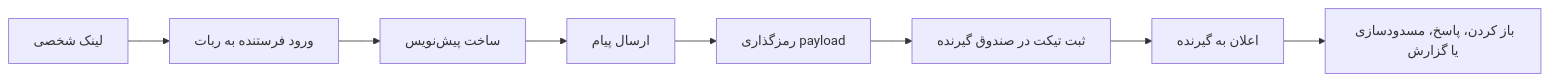
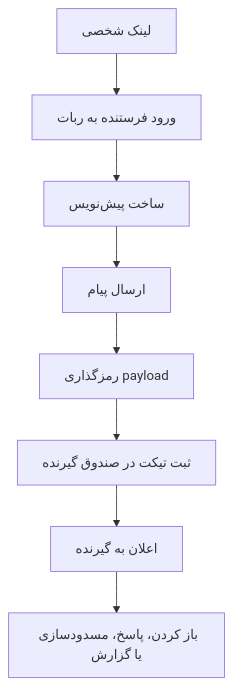
Before and after one commit to mohetios/mohetios.dev: the first of 3 diagrams in content/fa/blog/building-nekonymous-anonymous-telegram-bot.md, drawn with Mermaid. The commit also changed other lines of this file and 1 other file, not shown here.

Commit message:
docs: make Nekonymous diagrams vertical

````diff
--- a/content/fa/blog/building-nekonymous-anonymous-telegram-bot.md
+++ b/content/fa/blog/building-nekonymous-anonymous-telegram-bot.md
@@ -91,10 +91,10 @@
 ```mermaid
-flowchart LR
+flowchart TD
   A[لینک شخصی] --> B[ورود فرستنده به ربات]
   B --> C[ساخت پیش‌نویس]
   C --> D[ارسال پیام]
   D --> E[رمزگذاری payload]
   E --> F[ثبت تیکت در صندوق گیرنده]
   F --> G[اعلان به گیرنده]
   G --> H[باز کردن، پاسخ، مسدودسازی یا گزارش]
 ```
````
